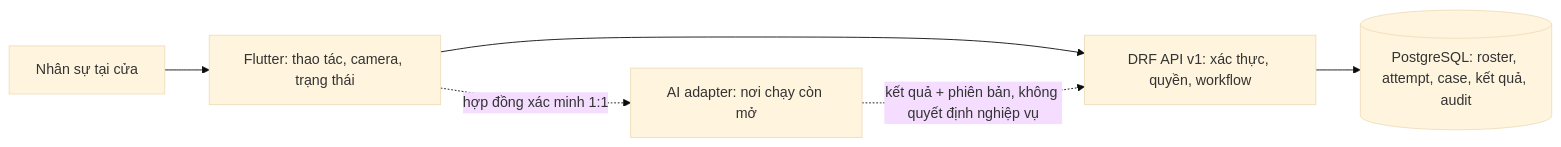
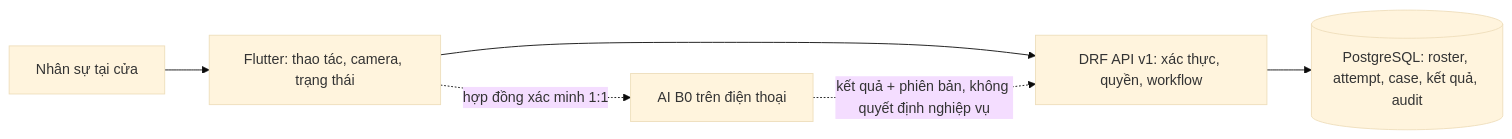
The diagram in docs/06-mobile/T-018-ke-hoach-trien-khai-app.md (Minh-Hy/doantotnghiep2nguoi), drawn with Mermaid (base theme) before and after one commit. The commit also changed other lines of this file and 29 other files, not shown here.

````diff
--- a/docs/06-mobile/T-018-ke-hoach-trien-khai-app.md
+++ b/docs/06-mobile/T-018-ke-hoach-trien-khai-app.md
@@ -15,8 +15,8 @@
 ```mermaid
 flowchart LR
     U[Nhân sự tại cửa] --> F[Flutter: thao tác, camera, trạng thái]
     F --> A[DRF API v1: xác thực, quyền, workflow]
     A --> P[(PostgreSQL: roster, attempt, case, kết quả, audit)]
-    F -. hợp đồng xác minh 1:1 .-> I[AI adapter: nơi chạy còn mở]
+    F -. hợp đồng xác minh 1:1 .-> I[AI B0 trên điện thoại]
     I -. kết quả + phiên bản, không quyết định nghiệp vụ .-> A
 ```
````
